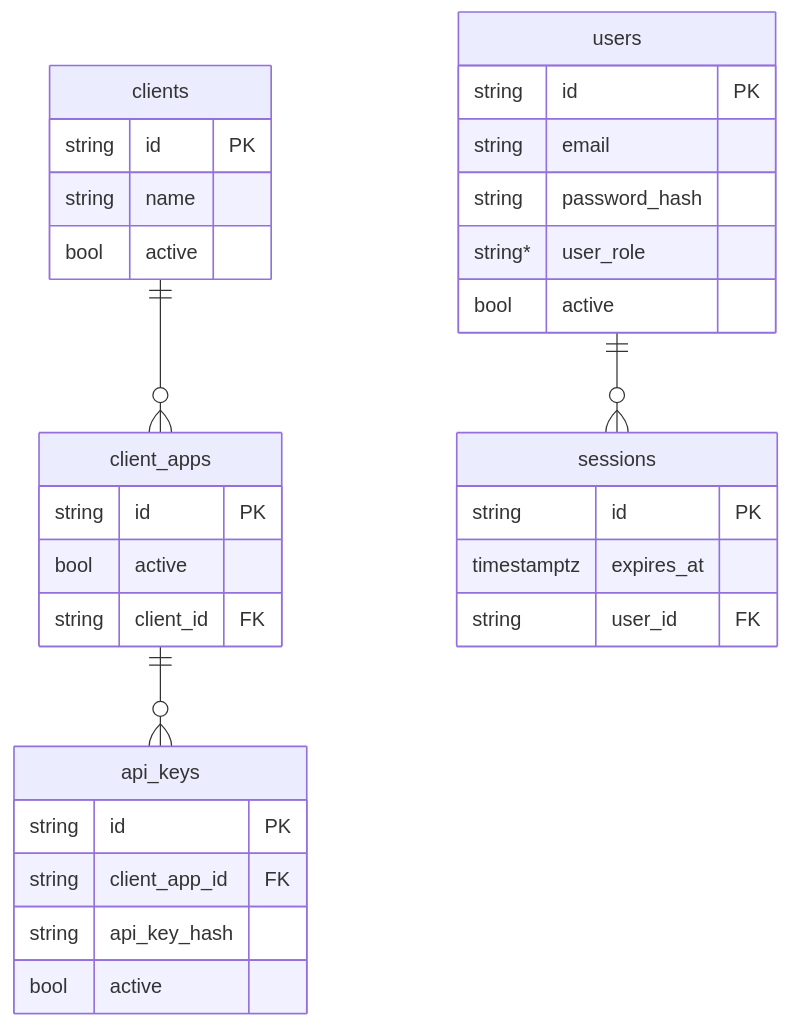
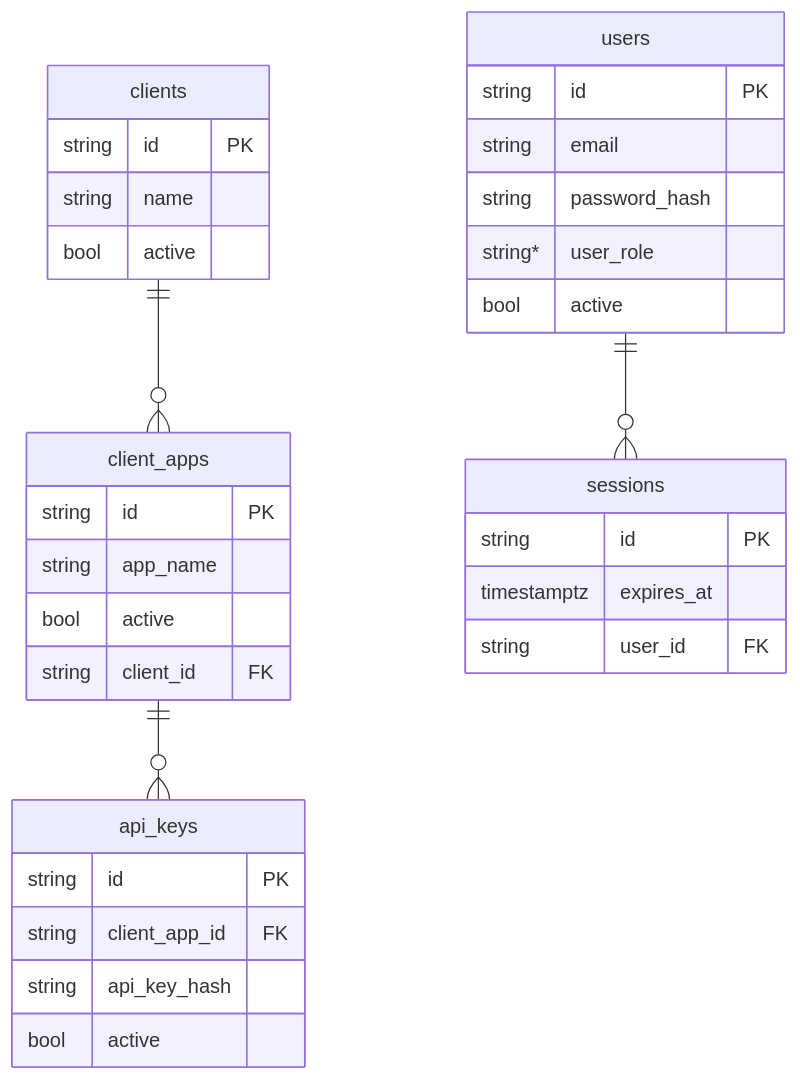
The diagram in .info/diagrams/er.mmd (maneldevs/authjar), drawn with Mermaid before and after one commit. The commit also changed 21 other files, not shown here.

```diff
--- a/.info/diagrams/er.mmd
+++ b/.info/diagrams/er.mmd
@@ -1,37 +1,38 @@
 erDiagram
     users {
         string id PK
         string email
         string password_hash
         string* user_role
         bool active 
     }
 
     clients {
         string id PK
         string name
         bool active
     }
 
     client_apps {
         string id PK
+        string app_name
         bool active
         string client_id FK
     }
 
     sessions {
         string id PK
         timestamptz expires_at
         string user_id FK
     }
 
     api_keys {
         string id PK
         string client_app_id FK
         string api_key_hash
         bool active
     }
 
     users ||--o{ sessions : ""
     clients ||--o{ client_apps : ""
     client_apps ||--o{ api_keys : ""
```
